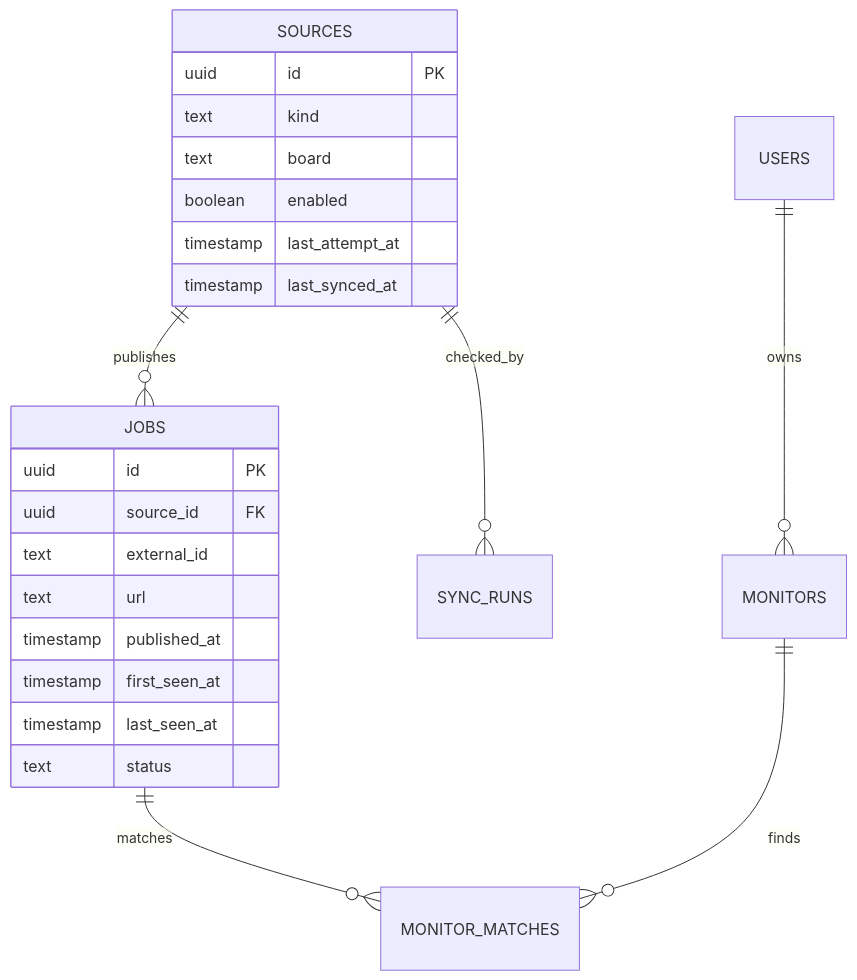
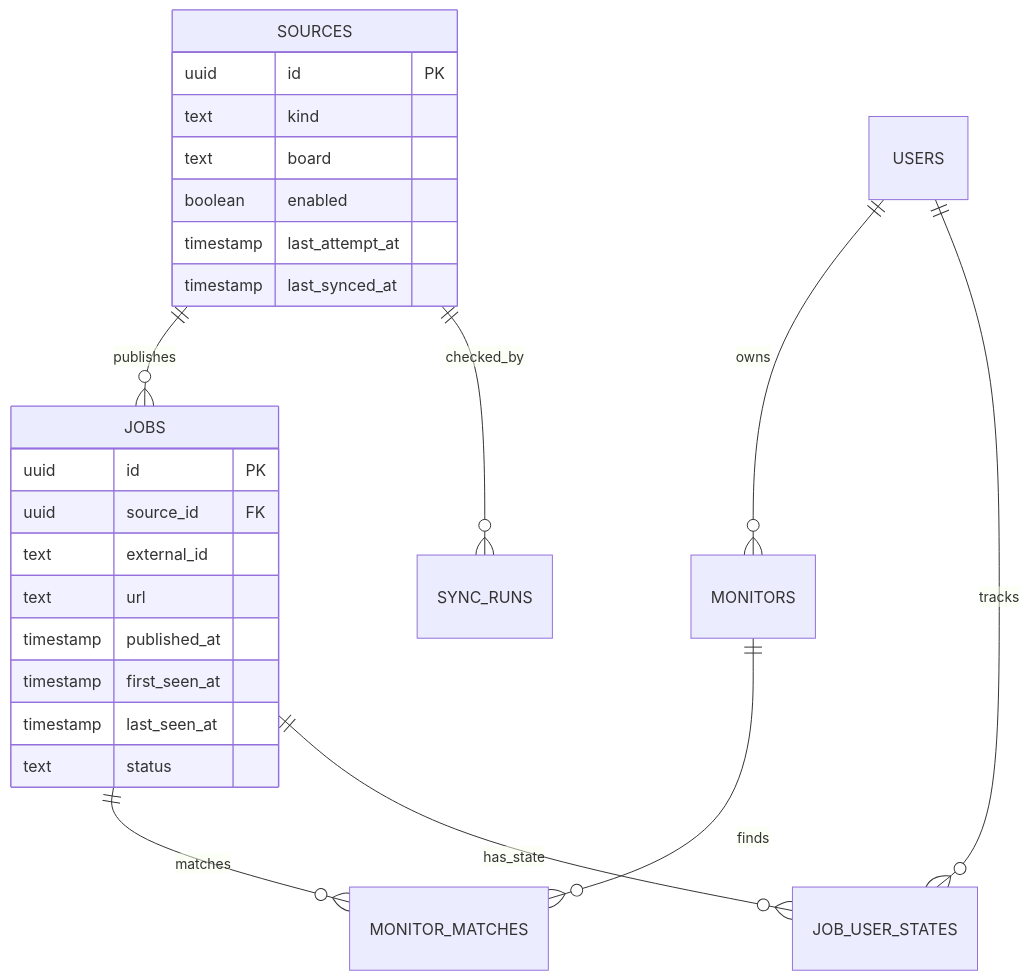
The second of 2 diagrams in docs/architecture.md (ifham-mohamed/connect), drawn with Mermaid before and after one commit. The commit also changed other lines of this file and 15 other files, not shown here.

````diff
--- a/docs/architecture.md
+++ b/docs/architecture.md
@@ -37,26 +37,28 @@
 ```mermaid
 erDiagram
   SOURCES ||--o{ JOBS : publishes
   SOURCES ||--o{ SYNC_RUNS : checked_by
   JOBS ||--o{ MONITOR_MATCHES : matches
   MONITORS ||--o{ MONITOR_MATCHES : finds
   USERS ||--o{ MONITORS : owns
+  USERS ||--o{ JOB_USER_STATES : tracks
+  JOBS ||--o{ JOB_USER_STATES : has_state
   SOURCES {
     uuid id PK
     text kind
     text board
     boolean enabled
     timestamp last_attempt_at
     timestamp last_synced_at
   }
   JOBS {
     uuid id PK
     uuid source_id FK
     text external_id
     text url
     timestamp published_at
     timestamp first_seen_at
     timestamp last_seen_at
     text status
   }
 ```
````
